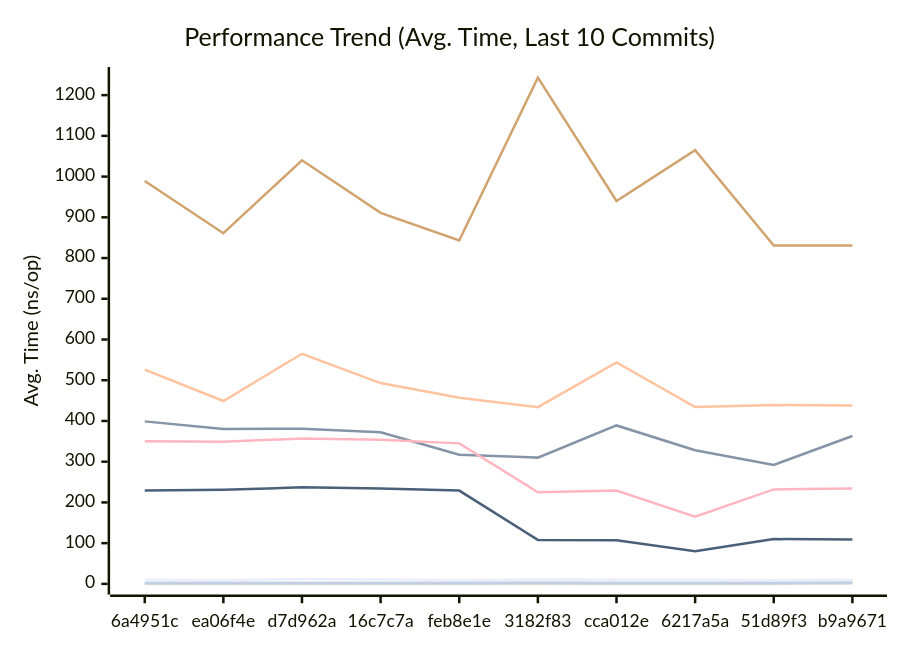
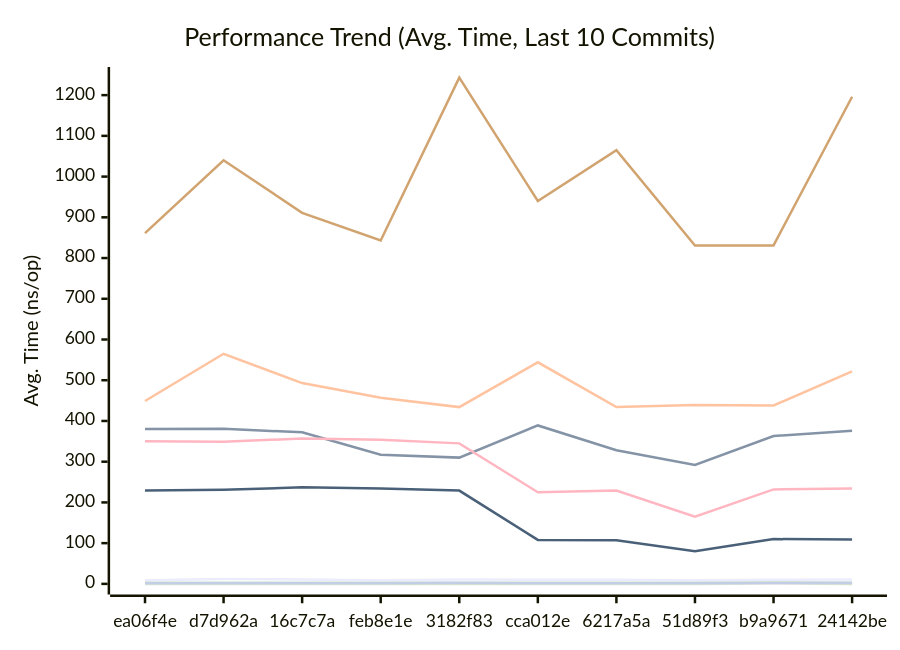
One commit to alsotoes/momo changed the first of 3 diagrams in docs/PERFORMANCE.md. Above: the diagram before and after it, drawn with Mermaid. The commit also changed other lines of this file and 3 other files, not shown here.

````diff
--- a/docs/PERFORMANCE.md
+++ b/docs/PERFORMANCE.md
@@ -80,16 +80,16 @@
 ```mermaid
 xychart-beta
     title "Performance Trend (Avg. Time, Last 10 Commits)"
     x-axis "Commit"
     y-axis "Avg. Time (ns/op)"
-    x-axis [6a4951c,ea06f4e,d7d962a,16c7c7a,feb8e1e,3182f83,cca012e,6217a5a,51d89f3,b9a9671]
-    line "CheckMetricsAndSwap" [10,9,12,11,9,11,10,10,9,10]
-    line "CrushOptimized" [399,380,381,372,317,310,389,328,292,363]
-    line "CrushOriginal" [526,449,565,493,457,434,544,434,439,438]
-    line "IndexDirectTracking" [0,0,0,0,0,0,0,0,0,1]
-    line "IndexSearch" [2,2,2,2,2,2,2,2,2,3]
-    line "LoadGlobalConfig" [989,861,1040,911,843,1243,940,1065,831,831]
-    line "PadString" [2,2,2,2,2,3,2,2,2,3]
+    x-axis [ea06f4e,d7d962a,16c7c7a,feb8e1e,3182f83,cca012e,6217a5a,51d89f3,b9a9671,24142be]
+    line "CheckMetricsAndSwap" [9,12,11,9,11,10,10,9,10,11]
+    line "CrushOptimized" [380,381,372,317,310,389,328,292,363,376]
+    line "CrushOriginal" [449,565,493,457,434,544,434,439,438,522]
+    line "IndexDirectTracking" [0,0,0,0,0,0,0,0,1,0]
+    line "IndexSearch" [2,2,2,2,2,2,2,2,3,2]
+    line "LoadGlobalConfig" [861,1040,911,843,1243,940,1065,831,831,1196]
+    line "PadString" [2,2,2,2,3,2,2,2,3,3]
     line "ParseReplicationOrder_NoPrealloc" [350,349,357,354,345,225,229,165,232,234]
     line "ParseReplicationOrder_Prealloc" [229,231,237,234,229,108,107,80,110,109]
 ```
````
